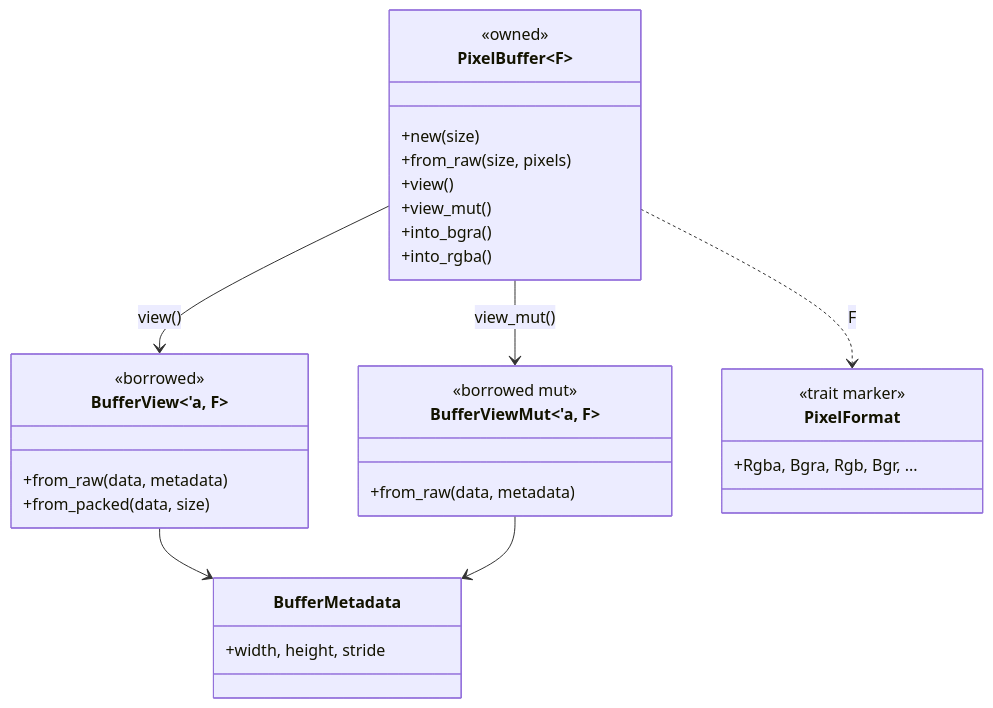
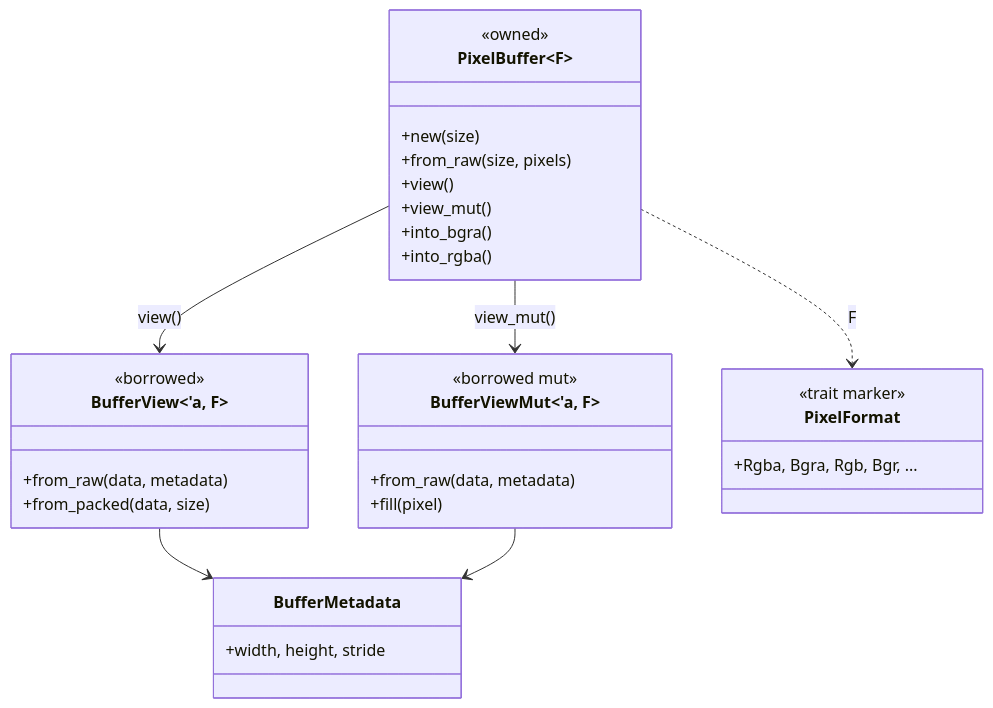
Before and after one commit to smearor/smearor-commons: the diagram in book/src/buffer.md, drawn with Mermaid. The commit also changed other lines of this file and 11 other files, not shown here.

````diff
--- a/book/src/buffer.md
+++ b/book/src/buffer.md
@@ -13,33 +22,34 @@
 ```mermaid
 classDiagram
     class PixelBuffer~F~ {
         <<owned>>
         +new(size)
         +from_raw(size, pixels)
         +view()
         +view_mut()
         +into_bgra()
         +into_rgba()
     }
     class BufferView~'a, F~ {
         <<borrowed>>
         +from_raw(data, metadata)
         +from_packed(data, size)
     }
     class BufferViewMut~'a, F~ {
         <<borrowed mut>>
         +from_raw(data, metadata)
+        +fill(pixel)
     }
     class BufferMetadata {
         +width, height, stride
     }
     class PixelFormat {
         <<trait marker>>
         +Rgba, Bgra, Rgb, Bgr, ...
     }
     PixelBuffer --> BufferView : view()
     PixelBuffer --> BufferViewMut : view_mut()
     BufferView --> BufferMetadata
     BufferViewMut --> BufferMetadata
     PixelBuffer ..> PixelFormat : F
 ```
````
